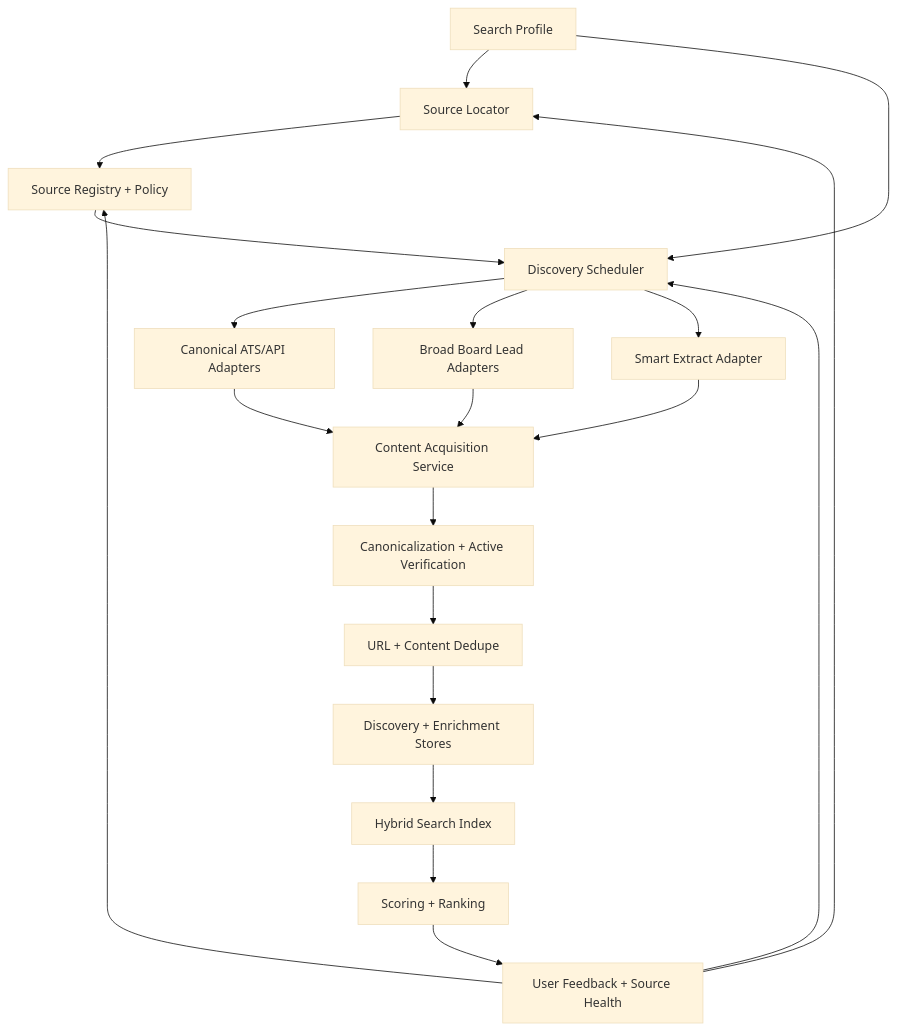
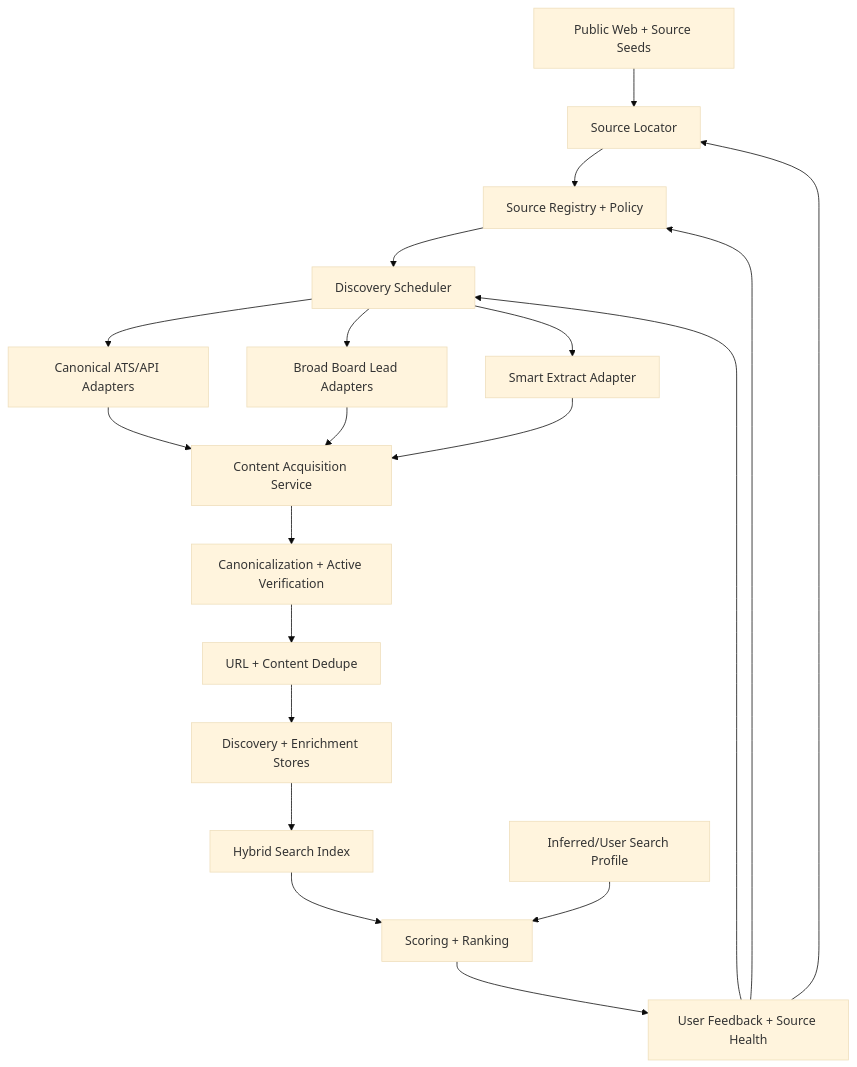
Before and after one commit to ebarti/JobCtrl: the diagram in docs/plans/proposed/2026-05-12-job-search-discovery-rfc.md, drawn with Mermaid (base theme). The commit also changed other lines of this file, not shown here.

Commit message:
docs: separate source locator from source tiers

````diff
--- a/docs/plans/proposed/2026-05-12-job-search-discovery-rfc.md
+++ b/docs/plans/proposed/2026-05-12-job-search-discovery-rfc.md
@@ -291,37 +290,38 @@
 ```mermaid
 flowchart TD
-    Profile["Search Profile"]
+    Seeds["Public Web + Source Seeds"]
     Locator["Source Locator"]
     Registry["Source Registry + Policy"]
     Scheduler["Discovery Scheduler"]
     ATS["Canonical ATS/API Adapters"]
     Boards["Broad Board Lead Adapters"]
     Smart["Smart Extract Adapter"]
     Acquire["Content Acquisition Service"]
     Canon["Canonicalization + Active Verification"]
     Dedup["URL + Content Dedupe"]
     Store["Discovery + Enrichment Stores"]
     Index["Hybrid Search Index"]
+    Profile["Inferred/User Search Profile"]
     Score["Scoring + Ranking"]
     Feedback["User Feedback + Source Health"]
 
-    Profile --> Locator
+    Seeds --> Locator
     Locator --> Registry
-    Profile --> Scheduler
     Registry --> Scheduler
     Scheduler --> ATS
     Scheduler --> Boards
     Scheduler --> Smart
     ATS --> Acquire
     Boards --> Acquire
     Smart --> Acquire
     Acquire --> Canon
     Canon --> Dedup
     Dedup --> Store
     Store --> Index
     Index --> Score
+    Profile --> Score
     Score --> Feedback
     Feedback --> Locator
     Feedback --> Registry
     Feedback --> Scheduler
 ```
````
